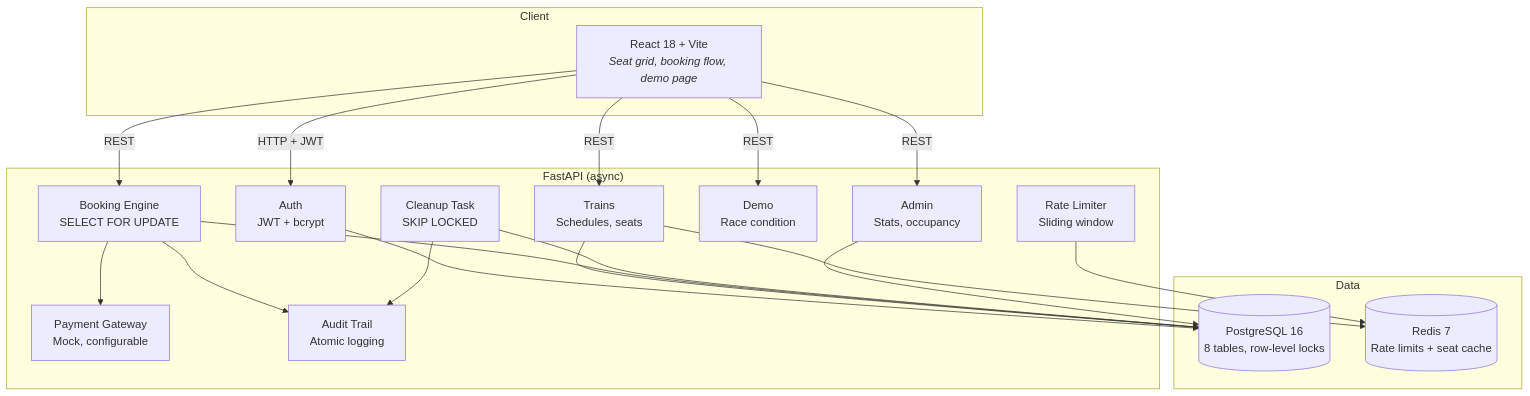
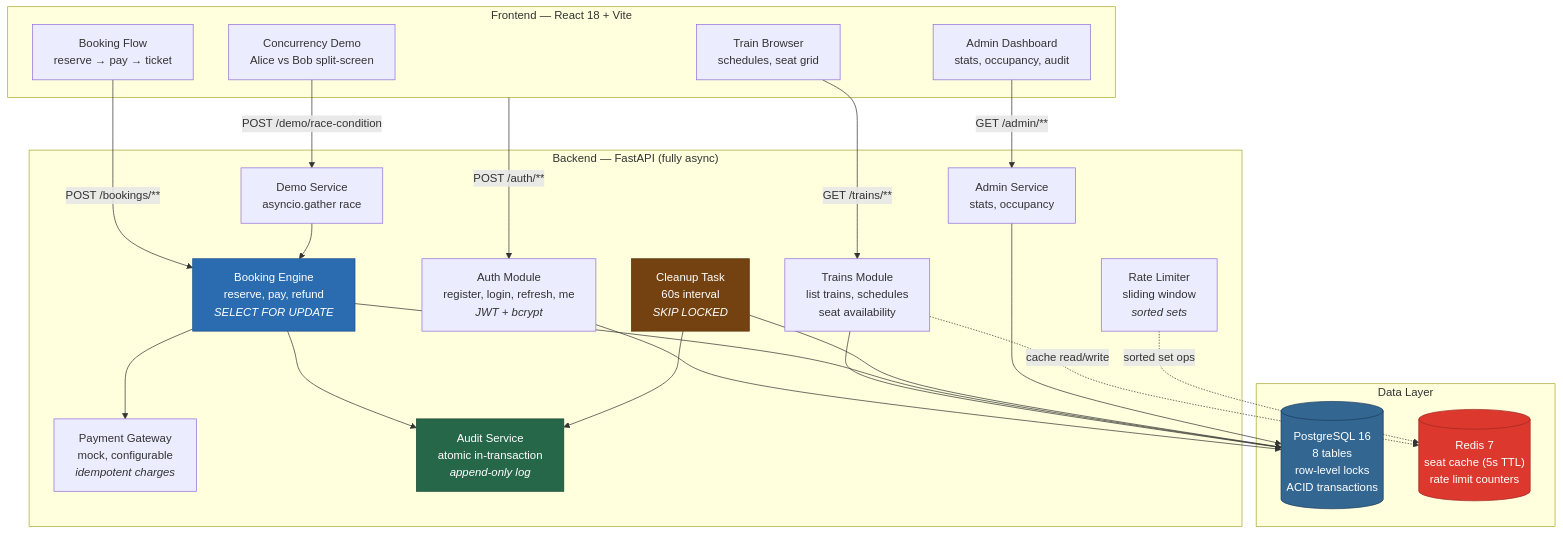
One commit to Ahnaf19/railbook changed the first of 3 diagrams in README.md. Above: the diagram before and after it, drawn with Mermaid. The commit also changed other lines of this file and 2 other files, not shown here.

First line of the commit message:
docs: upgrade README diagrams, add DIAGRAMS.md, fix anchor navigation

````diff
--- a/README.md
+++ b/README.md
@@ -101,40 +107,50 @@
 ```mermaid
 graph TB
-    subgraph Client
-        UI["React 18 + Vite<br/><i>Seat grid, booking flow, demo page</i>"]
+    subgraph Client["Frontend — React 18 + Vite"]
+        UI_TRAINS["Train Browser<br/>schedules, seat grid"]
+        UI_BOOK["Booking Flow<br/>reserve → pay → ticket"]
+        UI_DEMO["Concurrency Demo<br/>Alice vs Bob split-screen"]
+        UI_ADMIN["Admin Dashboard<br/>stats, occupancy, audit"]
     end
 
-    subgraph Backend["FastAPI (async)"]
-        AUTH[Auth<br/>JWT + bcrypt]
-        TRAINS[Trains<br/>Schedules, seats]
-        BOOK[Booking Engine<br/>SELECT FOR UPDATE]
-        PAY[Payment Gateway<br/>Mock, configurable]
-        AUDIT[Audit Trail<br/>Atomic logging]
-        RL[Rate Limiter<br/>Sliding window]
-        DEMO[Demo<br/>Race condition]
-        ADMIN[Admin<br/>Stats, occupancy]
-        CLEANUP[Cleanup Task<br/>SKIP LOCKED]
+    subgraph API["Backend — FastAPI (fully async)"]
+        AUTH["Auth Module<br/>register, login, refresh, me<br/><i>JWT + bcrypt</i>"]
+        TRAINS["Trains Module<br/>list trains, schedules<br/>seat availability"]
+        BOOKING["Booking Engine<br/>reserve, pay, refund<br/><i>SELECT FOR UPDATE</i>"]
+        PAYMENT["Payment Gateway<br/>mock, configurable<br/><i>idempotent charges</i>"]
+        AUDIT["Audit Service<br/>atomic in-transaction<br/><i>append-only log</i>"]
+        RATELIMIT["Rate Limiter<br/>sliding window<br/><i>sorted sets</i>"]
+        DEMO["Demo Service<br/>asyncio.gather race"]
+        ADMIN["Admin Service<br/>stats, occupancy"]
+        CLEANUP["Cleanup Task<br/>60s interval<br/><i>SKIP LOCKED</i>"]
     end
 
-    subgraph Data
-        PG[("PostgreSQL 16<br/>8 tables, row-level locks")]
-        RD[("Redis 7<br/>Rate limits + seat cache")]
+    subgraph Data["Data Layer"]
+        PG[("PostgreSQL 16<br/>8 tables<br/>row-level locks<br/>ACID transactions")]
+        REDIS[("Redis 7<br/>seat cache (5s TTL)<br/>rate limit counters")]
     end
 
-    UI -->|HTTP + JWT| AUTH
-    UI -->|REST| TRAINS
-    UI -->|REST| BOOK
-    UI -->|REST| DEMO
-    UI -->|REST| ADMIN
+    UI_TRAINS -->|"GET /trains/**"| TRAINS
+    UI_BOOK -->|"POST /bookings/**"| BOOKING
+    UI_DEMO -->|"POST /demo/race-condition"| DEMO
+    UI_ADMIN -->|"GET /admin/**"| ADMIN
+    Client -->|"POST /auth/**"| AUTH
 
     AUTH --> PG
     TRAINS --> PG
-    TRAINS --> RD
-    BOOK --> PG
-    BOOK --> PAY
-    BOOK --> AUDIT
-    RL --> RD
+    TRAINS -.->|"cache read/write"| REDIS
+    BOOKING --> PG
+    BOOKING --> PAYMENT
+    BOOKING --> AUDIT
+    RATELIMIT -.->|"sorted set ops"| REDIS
     CLEANUP --> PG
     CLEANUP --> AUDIT
+    DEMO --> BOOKING
     ADMIN --> PG
+
+    style PG fill:#336791,color:#fff,stroke:#1e3a5f
+    style REDIS fill:#dc382d,color:#fff,stroke:#a12a23
+    style BOOKING fill:#2b6cb0,color:#fff,stroke:#1e4e8c
+    style CLEANUP fill:#744210,color:#fff,stroke:#5a3510
+    style AUDIT fill:#276749,color:#fff,stroke:#1a4731
 ```
````
